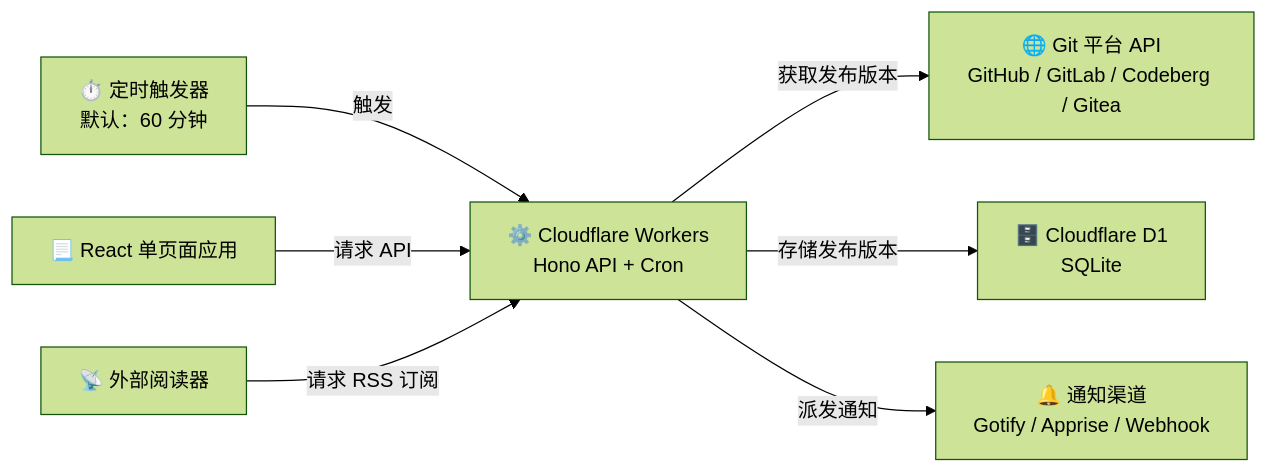
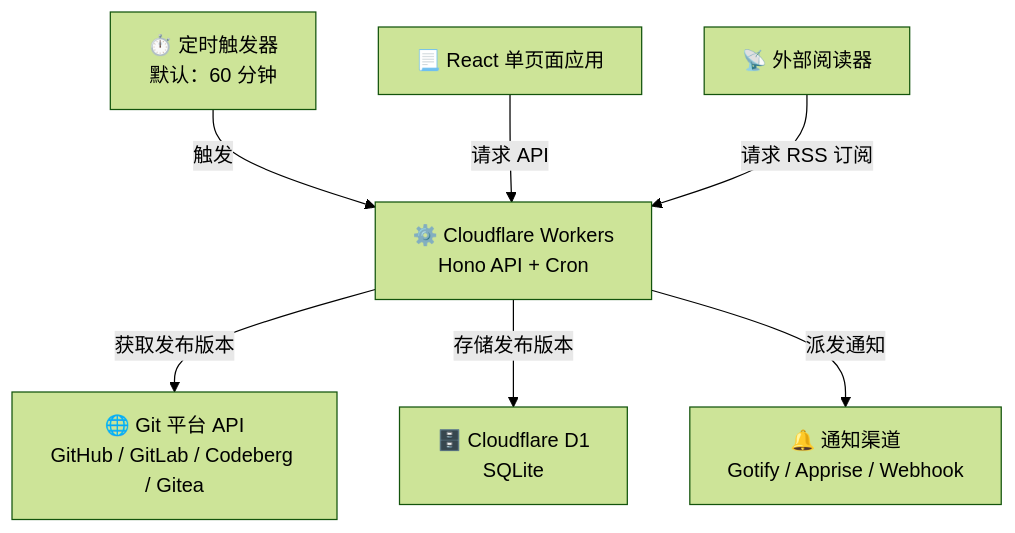
The diagram in README.zh-CN.md (Fovir-GitHub/srrm), drawn with Mermaid (forest theme) before and after one commit. The commit also changed 1 other file, not shown here.

Commit message:
fix: set `flowchart TD` in README

````diff
--- a/README.zh-CN.md
+++ b/README.zh-CN.md
@@ -16,11 +16,11 @@
 ```mermaid
-flowchart LR
+flowchart TD
     Cron[⏱️ 定时触发器<br/>默认：60 分钟] -- 触发 --> B[⚙️ Cloudflare Workers<br/>Hono API + Cron]
     B -- 获取发布版本 --> D[🌐 Git 平台 API<br/>GitHub / GitLab / Codeberg / Gitea]
     
     B -- 存储发布版本 --> C[🗄️ Cloudflare D1<br/>SQLite]
     B -- 派发通知 --> E[🔔 通知渠道<br/>Gotify / Apprise / Webhook]
     
     A[📃 React 单页面应用] -- 请求 API --> B
     F[📡 外部阅读器] -- 请求 RSS 订阅 --> B
 ```
````
